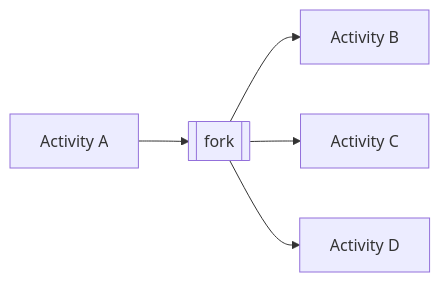
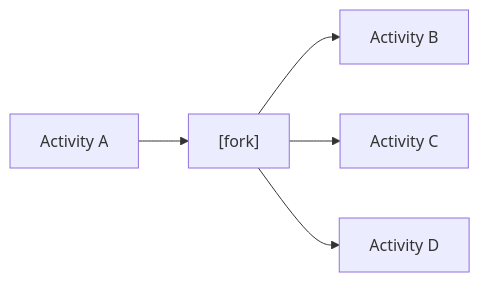
Before and after one commit to martin-ly/rust-lang: the fourth of 6 diagrams in docs/rust-ownership-decidability/16-program-semantics/workflow-patterns/02-parallel-split.md, drawn with Mermaid. The commit also changed other lines of this file and 97 other files, not shown here.

````diff
--- a/docs/rust-ownership-decidability/16-program-semantics/workflow-patterns/02-parallel-split.md
+++ b/docs/rust-ownership-decidability/16-program-semantics/workflow-patterns/02-parallel-split.md
@@ -225,7 +225,7 @@
 ```mermaid
 flowchart LR
-    A[Activity A] --> fork[[fork]]
+    A[Activity A] --> fork["[fork]"]
     fork --> B[Activity B]
     fork --> C[Activity C]
     fork --> D[Activity D]
 ```
````
